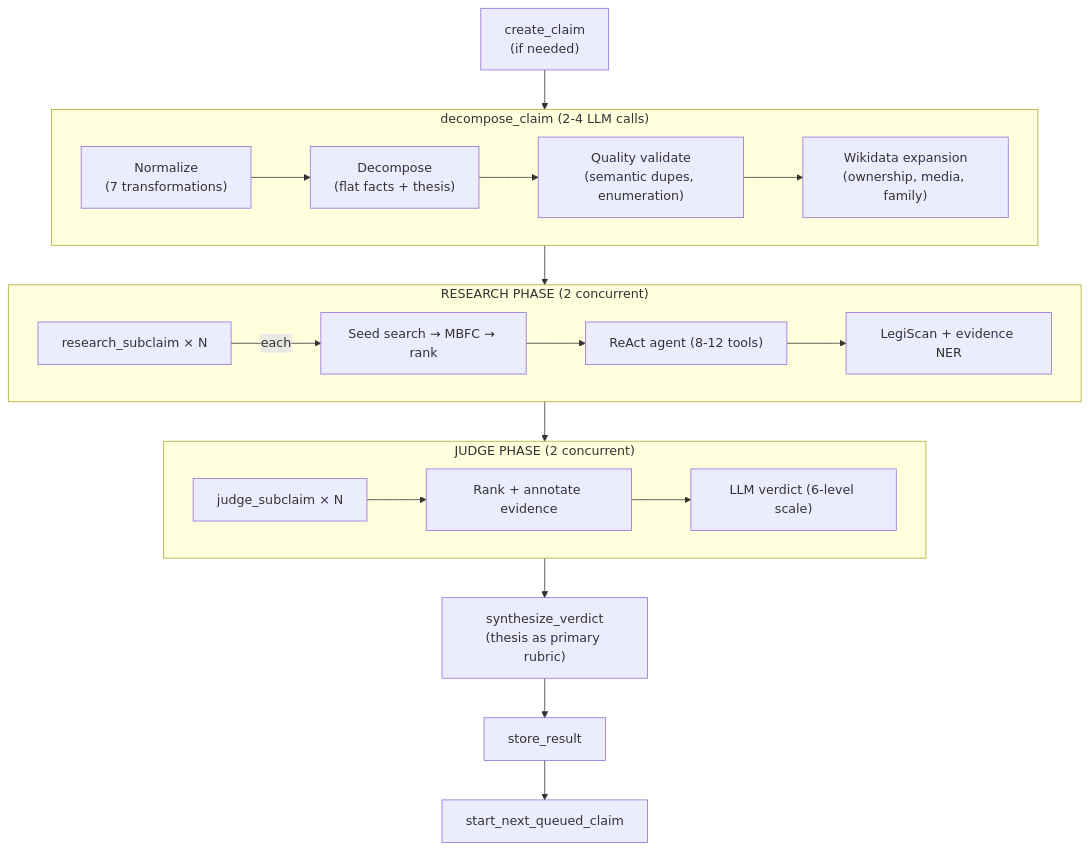
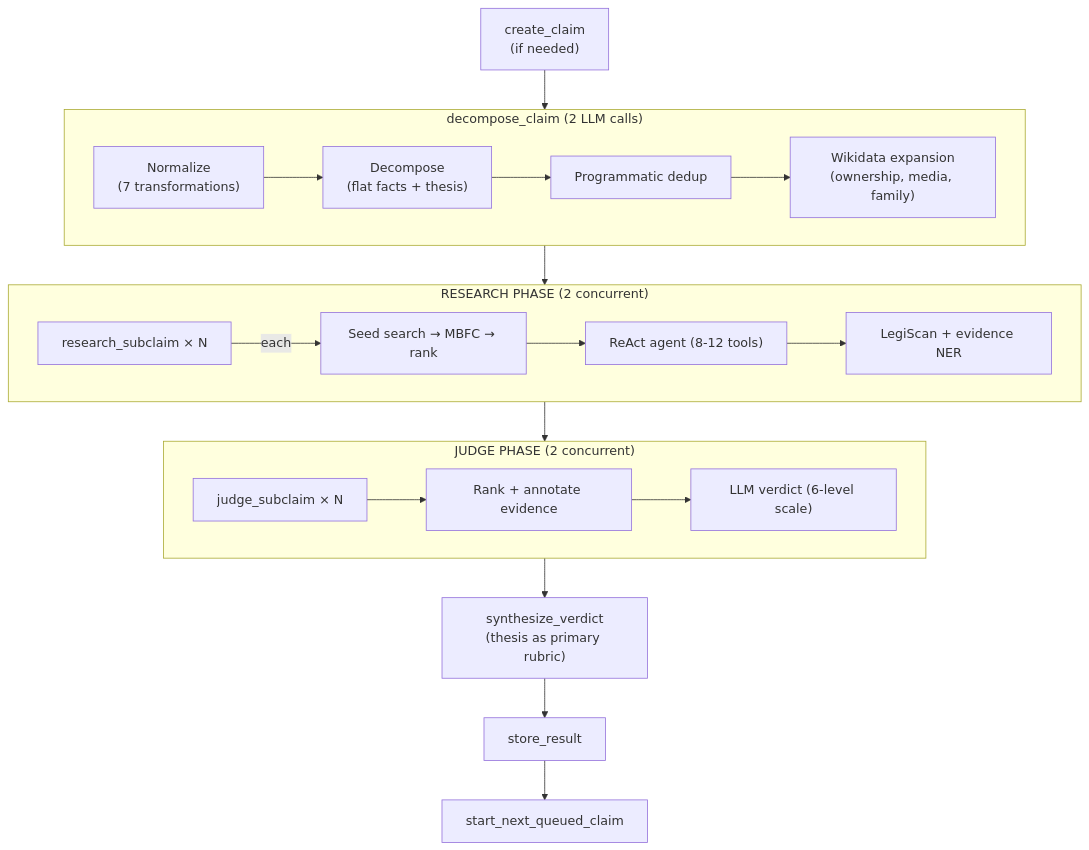
Before and after one commit to vedantadhobley/spin-cycle: the second of 2 diagrams in README.md, drawn with Mermaid. The commit also changed 4 other files, not shown here.

````diff
--- a/README.md
+++ b/README.md
@@ -60,31 +60,31 @@
 ```mermaid
 flowchart TD
     CREATE["create_claim\n(if needed)"] --> DEC
 
-    subgraph DEC["decompose_claim (2-4 LLM calls)"]
+    subgraph DEC["decompose_claim (2 LLM calls)"]
         N["Normalize\n(7 transformations)"] --> D["Decompose\n(flat facts + thesis)"]
-        D --> Q["Quality validate\n(semantic dupes, enumeration)"]
+        D --> Q["Programmatic dedup"]
         Q --> W["Wikidata expansion\n(ownership, media, family)"]
     end
 
     DEC --> R
 
     subgraph R["RESEARCH PHASE (2 concurrent)"]
         RS["research_subclaim × N"]
         RS --> |"each"| SEED["Seed search → MBFC → rank"]
         SEED --> AGENT["ReAct agent (8-12 tools)"]
         AGENT --> ENRICH["LegiScan + evidence NER"]
     end
 
     R --> J
 
     subgraph J["JUDGE PHASE (2 concurrent)"]
         JS["judge_subclaim × N"]
         JS --> RANK["Rank + annotate evidence"]
         RANK --> EVAL["LLM verdict (6-level scale)"]
     end
 
     J --> SYN["synthesize_verdict\n(thesis as primary rubric)"]
     SYN --> STORE["store_result"]
     STORE --> NEXT["start_next_queued_claim"]
 ```
````
